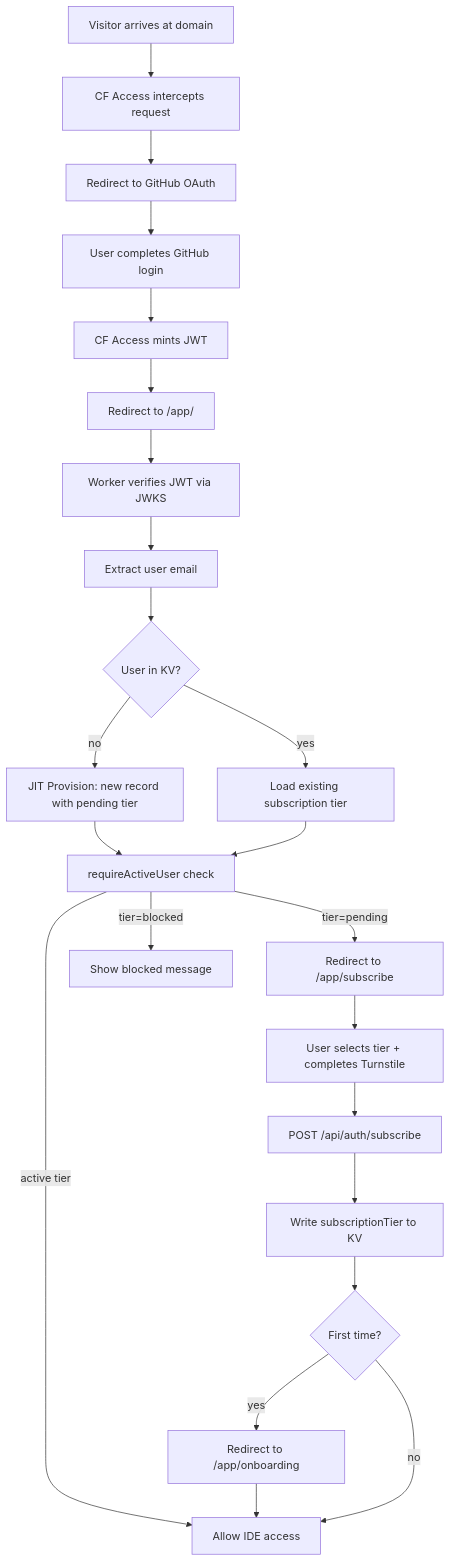
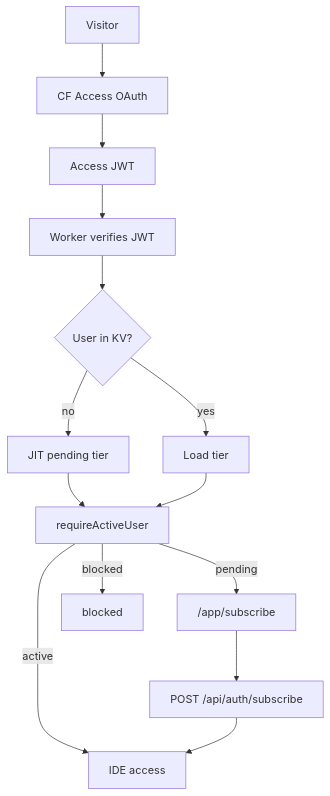
The second of 2 diagrams in documentation/lanes/authentication.md (nikolanovoselec/codeflare), drawn with Mermaid before and after one commit. The commit also changed other lines of this file and 139 other files, not shown here.

First line of the commit message:
chore: clean SDD specs and refresh graphify artifacts (#614)

````diff
--- a/documentation/lanes/authentication.md
+++ b/documentation/lanes/authentication.md
@@ -236,25 +236,16 @@
 ```mermaid
 flowchart TD
-    A["Visitor arrives at domain"] --> B["CF Access intercepts request"]
-    B --> D["Redirect to GitHub OAuth"]
-    D --> E["User completes GitHub login"]
-    E --> F["CF Access mints JWT"]
-    F --> G["Redirect to /app/"]
-    G --> H["Worker verifies JWT via JWKS"]
-    H --> J["Extract user email"]
-    J --> K{"User in KV?"}
-    K -->|no| L["JIT Provision: new record with pending tier"]
-    K -->|yes| M["Load existing subscription tier"]
-    L --> N["requireActiveUser check"]
-    M --> N
-    N -->|tier=pending| O["Redirect to /app/subscribe"]
-    N -->|active tier| P["Allow IDE access"]
-    N -->|tier=blocked| Q["Show blocked message"]
-    O --> S["User selects tier + completes Turnstile"]
-    S --> T["POST /api/auth/subscribe"]
-    T --> V["Write subscriptionTier to KV"]
-    V --> W{"First time?"}
-    W -->|yes| X["Redirect to /app/onboarding"]
-    X --> P
-    W -->|no| P
+    A["Visitor"] --> B["CF Access OAuth"]
+    B --> C["Access JWT"]
+    C --> D["Worker verifies JWT"]
+    D --> E{"User in KV?"}
+    E -->|no| F["JIT pending tier"]
+    E -->|yes| G["Load tier"]
+    F --> H["requireActiveUser"]
+    G --> H
+    H -->|pending| I["/app/subscribe"]
+    H -->|active| J["IDE access"]
+    H -->|blocked| K["blocked"]
+    I --> L["POST /api/auth/subscribe"]
+    L --> J
 ```
````
